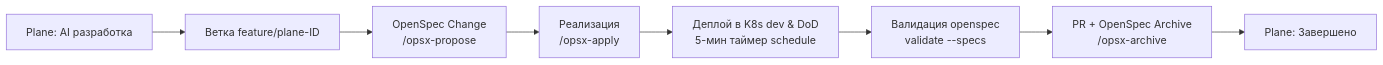
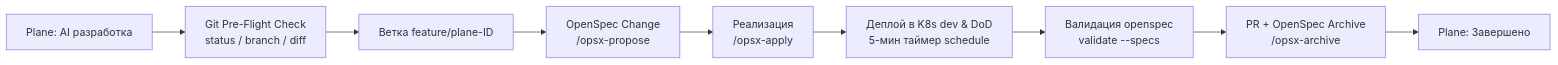
The diagram in .agents/AGENTS.md (datawikipro/igaming), drawn with Mermaid before and after one commit. The commit also changed other lines of this file and 3 other files, not shown here.

````diff
--- a/.agents/AGENTS.md
+++ b/.agents/AGENTS.md
@@ -25,10 +25,11 @@
 ```mermaid
 graph LR
-    A[Plane: AI разработка] --> B[Ветка feature/plane-ID]
+    A[Plane: AI разработка] --> G0[Git Pre-Flight Check<br>status / branch / diff]
+    G0 --> B[Ветка feature/plane-ID]
     B --> C[OpenSpec Change<br>/opsx-propose]
     C --> D[Реализация<br>/opsx-apply]
     D --> E[Деплой в K8s dev & DoD<br>5-мин таймер schedule]
     E --> F[Валидация openspec<br>validate --specs]
     F --> G[PR + OpenSpec Archive<br>/opsx-archive]
     G --> H[Plane: Завершено]
 ```
````
